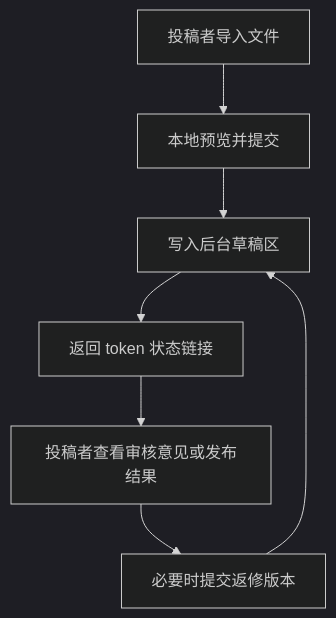
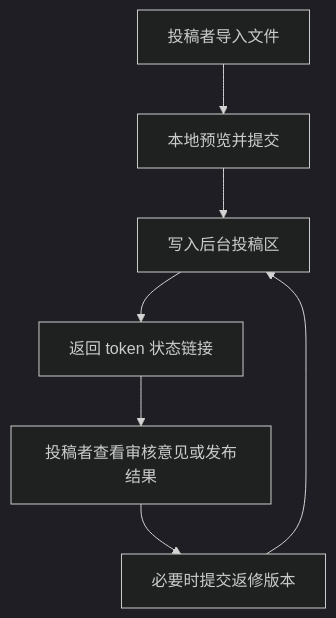
The third of 4 diagrams in design/system-overview.md (huyusong10/tech_radar_web), drawn with Mermaid (dark theme) before and after one commit. The commit also changed other lines of this file and 28 other files, not shown here.

````diff
--- a/design/system-overview.md
+++ b/design/system-overview.md
@@ -48,9 +48,9 @@
 ```mermaid
 flowchart TD
     A["投稿者导入文件"] --> B["本地预览并提交"]
-    B --> C["写入后台草稿区"]
+    B --> C["写入后台投稿区"]
     C --> D["返回 token 状态链接"]
     D --> E["投稿者查看审核意见或发布结果"]
     E --> F["必要时提交返修版本"]
     F --> C
 ```
````
